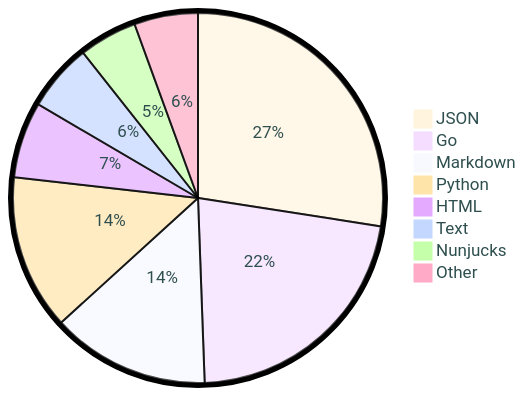
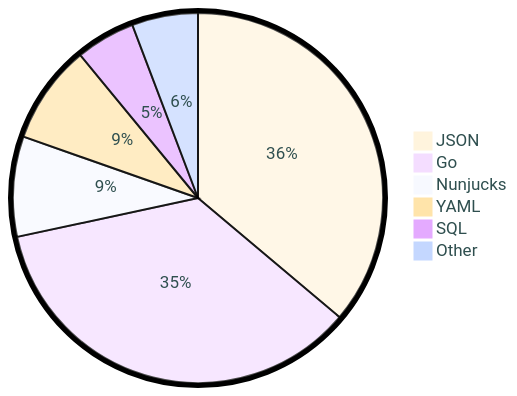
The diagram in README.md (tot0p/tot0p), drawn with Mermaid before and after one commit. The commit also changed other lines of this file, not shown here.

````diff
--- a/README.md
+++ b/README.md
@@ -126,12 +122,10 @@
 ```mermaid
 %%{init: {"pie": {"textPosition": 0.5}, "themeVariables": {"pieOuterStrokeWidth": "5px","primaryTextColor" : "#2F4F4F"},"theme":"base"} }%%
 pie
-	"JSON": 27.45
-	"Go": 21.97
-	"Markdown": 13.82
-	"Python": 13.55
-	"HTML": 6.64
-	"Text": 5.91
-	"Nunjucks": 5.08
-	"Other": 5.569999999999999
+	"JSON": 36.14
+	"Go": 35.49
+	"Nunjucks": 8.75
+	"YAML": 8.65
+	"SQL": 5.2
+	"Other": 5.77
 ```
````
